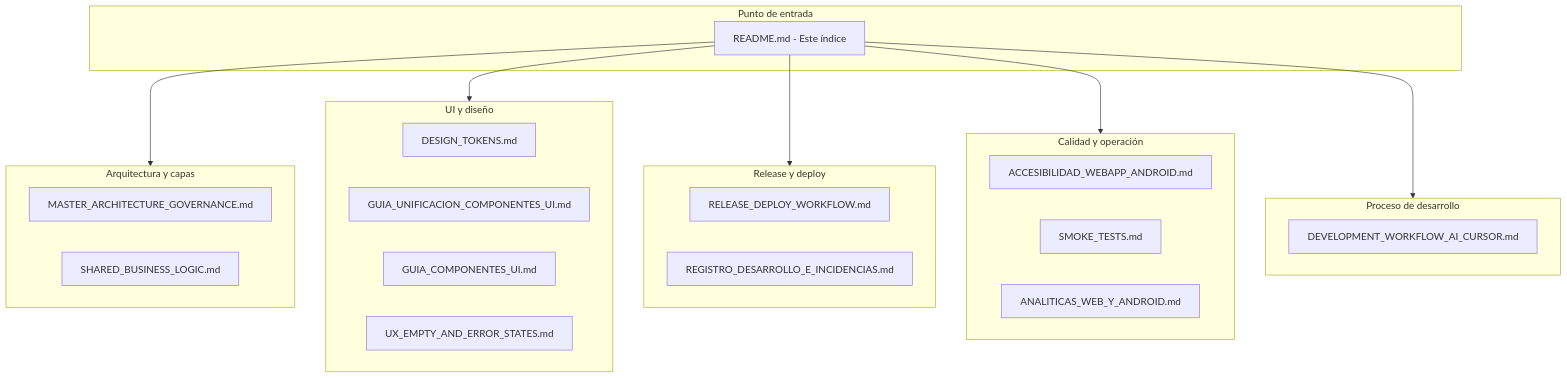
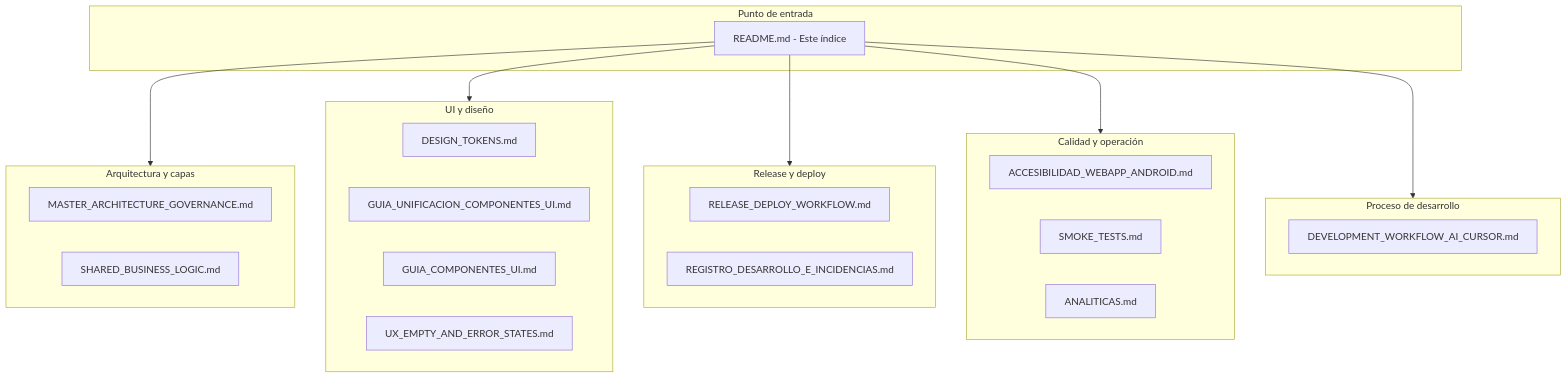
Before and after one commit to rmoya87/cafesito-app: the fourth of 5 diagrams in docs/README.md, drawn with Mermaid. The commit also changed other lines of this file and 58 other files, not shown here.

````diff
--- a/docs/README.md
+++ b/docs/README.md
@@ -197,33 +217,33 @@
 ```mermaid
 flowchart TB
   subgraph Entrada["Punto de entrada"]
     README[README.md - Este índice]
   end
   subgraph Arquitectura["Arquitectura y capas"]
     MASTER[MASTER_ARCHITECTURE_GOVERNANCE.md]
     SHARED[SHARED_BUSINESS_LOGIC.md]
   end
   subgraph UI["UI y diseño"]
     DESIGN[DESIGN_TOKENS.md]
     GUIA_UI[GUIA_UNIFICACION_COMPONENTES_UI.md]
     GUIA_COMP[GUIA_COMPONENTES_UI.md]
     UX_EMPTY[UX_EMPTY_AND_ERROR_STATES.md]
   end
   subgraph Release["Release y deploy"]
     RELEASE[RELEASE_DEPLOY_WORKFLOW.md]
     REGISTRO[REGISTRO_DESARROLLO_E_INCIDENCIAS.md]
   end
   subgraph Calidad["Calidad y operación"]
     A11Y[ACCESIBILIDAD_WEBAPP_ANDROID.md]
     SMOKE[SMOKE_TESTS.md]
-    ANALITICAS[ANALITICAS_WEB_Y_ANDROID.md]
+    ANALITICAS[ANALITICAS.md]
   end
   subgraph Desarrollo["Proceso de desarrollo"]
     DEV_AI[DEVELOPMENT_WORKFLOW_AI_CURSOR.md]
   end
   README --> Arquitectura
   README --> UI
   README --> Release
   README --> Calidad
   README --> Desarrollo
 ```
````
